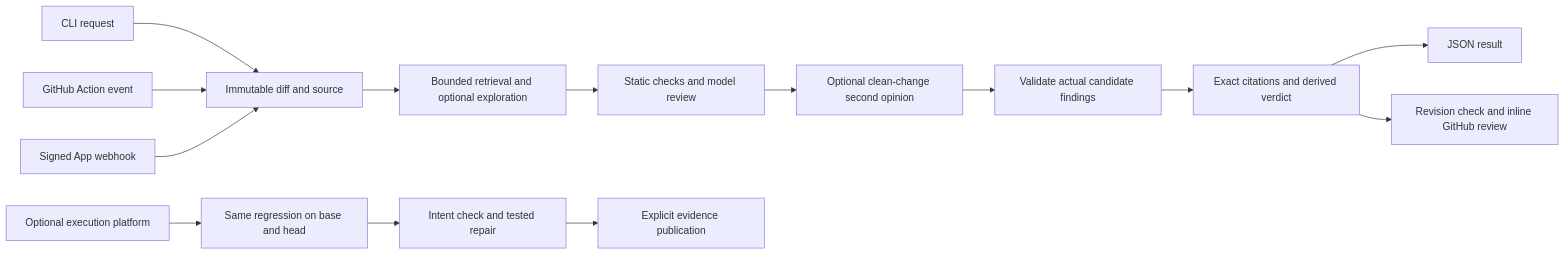
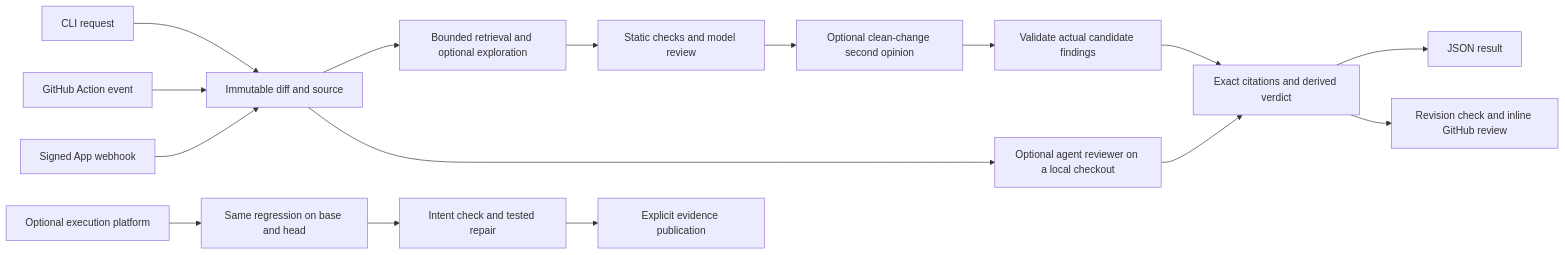
The diagram in docs/architecture.md (wuchris-ch/pr-review-agent-flue), drawn with Mermaid before and after one commit. The commit also changed other lines of this file and 30 other files, not shown here.

First line of the commit message:
Add an agent reviewer and measure it with two judges (#18)

````diff
--- a/docs/architecture.md
+++ b/docs/architecture.md
@@ -5,16 +5,18 @@
 ```mermaid
 flowchart LR
   CLI[CLI request] --> Source[Immutable diff and source]
   Action[GitHub Action event] --> Source
   App[Signed App webhook] --> Source
   Source --> Context[Bounded retrieval and optional exploration]
   Context --> Checks[Static checks and model review]
+  Source --> Agent[Optional agent reviewer on a local checkout]
+  Agent --> Ground
   Checks --> Second[Optional clean-change second opinion]
   Second --> Validate[Validate actual candidate findings]
   Validate --> Ground[Exact citations and derived verdict]
   Ground --> JSON[JSON result]
   Ground --> Publish[Revision check and inline GitHub review]
   Platform[Optional execution platform] --> Paired[Same regression on base and head]
   Paired --> Intent[Intent check and tested repair]
   Intent --> Evidence[Explicit evidence publication]
 ```
````
